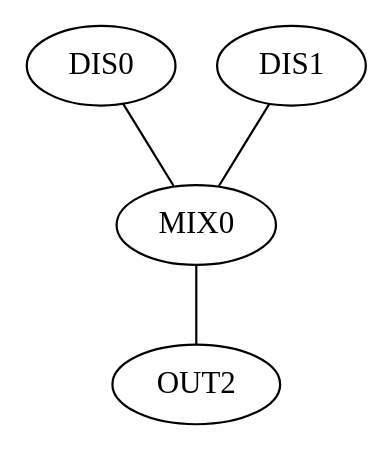
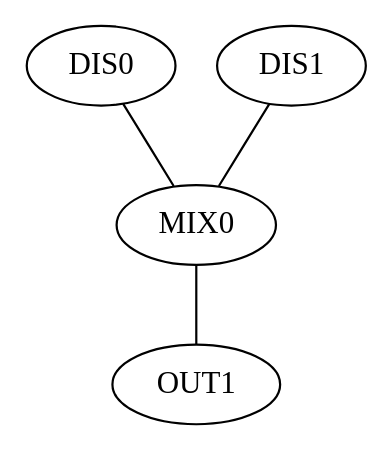
One commit to baocvcv/oop-group-project changed the diagram in src/app/input.dot. Above: the diagram before and after it, drawn with Graphviz. The commit also changed 2 other files, not shown here.

```diff
--- a/src/app/input.dot
+++ b/src/app/input.dot
@@ -1,9 +1,9 @@
 graph "GRAPH3" {
 0 [label="DIS0"]
 1 [label="DIS1"]
 2 [label="MIX0"]
-3 [label="OUT2"]
+3 [label="OUT1"]
 0 -- 2
 1 -- 2
 2 -- 3
 }
```
